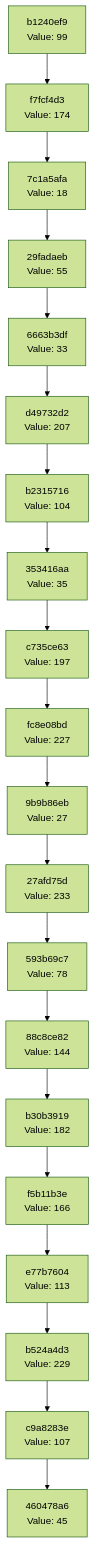
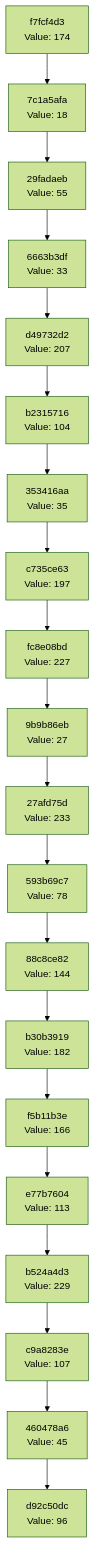
Before and after one commit to Abhisheksinha1506/hash-chain-evolver: the diagram in docs/CHAIN_VISUALIZATION.md, drawn with Mermaid (forest theme). The commit also changed 3 other files, not shown here.

````diff
--- a/docs/CHAIN_VISUALIZATION.md
+++ b/docs/CHAIN_VISUALIZATION.md
@@ -3,42 +3,42 @@
 ```mermaid
 graph TD
-    C0["460478a6<br/>Value: 45"]
-    C1["c9a8283e<br/>Value: 107"]
+    C0["d92c50dc<br/>Value: 96"]
+    C1["460478a6<br/>Value: 45"]
     C1 --> C0
-    C2["b524a4d3<br/>Value: 229"]
+    C2["c9a8283e<br/>Value: 107"]
     C2 --> C1
-    C3["e77b7604<br/>Value: 113"]
+    C3["b524a4d3<br/>Value: 229"]
     C3 --> C2
-    C4["f5b11b3e<br/>Value: 166"]
+    C4["e77b7604<br/>Value: 113"]
     C4 --> C3
-    C5["b30b3919<br/>Value: 182"]
+    C5["f5b11b3e<br/>Value: 166"]
     C5 --> C4
-    C6["88c8ce82<br/>Value: 144"]
+    C6["b30b3919<br/>Value: 182"]
     C6 --> C5
-    C7["593b69c7<br/>Value: 78"]
+    C7["88c8ce82<br/>Value: 144"]
     C7 --> C6
-    C8["27afd75d<br/>Value: 233"]
+    C8["593b69c7<br/>Value: 78"]
     C8 --> C7
-    C9["9b9b86eb<br/>Value: 27"]
+    C9["27afd75d<br/>Value: 233"]
     C9 --> C8
-    C10["fc8e08bd<br/>Value: 227"]
+    C10["9b9b86eb<br/>Value: 27"]
     C10 --> C9
-    C11["c735ce63<br/>Value: 197"]
+    C11["fc8e08bd<br/>Value: 227"]
     C11 --> C10
-    C12["353416aa<br/>Value: 35"]
+    C12["c735ce63<br/>Value: 197"]
     C12 --> C11
-    C13["b2315716<br/>Value: 104"]
+    C13["353416aa<br/>Value: 35"]
     C13 --> C12
-    C14["d49732d2<br/>Value: 207"]
+    C14["b2315716<br/>Value: 104"]
     C14 --> C13
-    C15["6663b3df<br/>Value: 33"]
+    C15["d49732d2<br/>Value: 207"]
     C15 --> C14
-    C16["29fadaeb<br/>Value: 55"]
+    C16["6663b3df<br/>Value: 33"]
     C16 --> C15
-    C17["7c1a5afa<br/>Value: 18"]
+    C17["29fadaeb<br/>Value: 55"]
     C17 --> C16
-    C18["f7fcf4d3<br/>Value: 174"]
+    C18["7c1a5afa<br/>Value: 18"]
     C18 --> C17
-    C19["b1240ef9<br/>Value: 99"]
+    C19["f7fcf4d3<br/>Value: 174"]
     C19 --> C18
 ```
````
